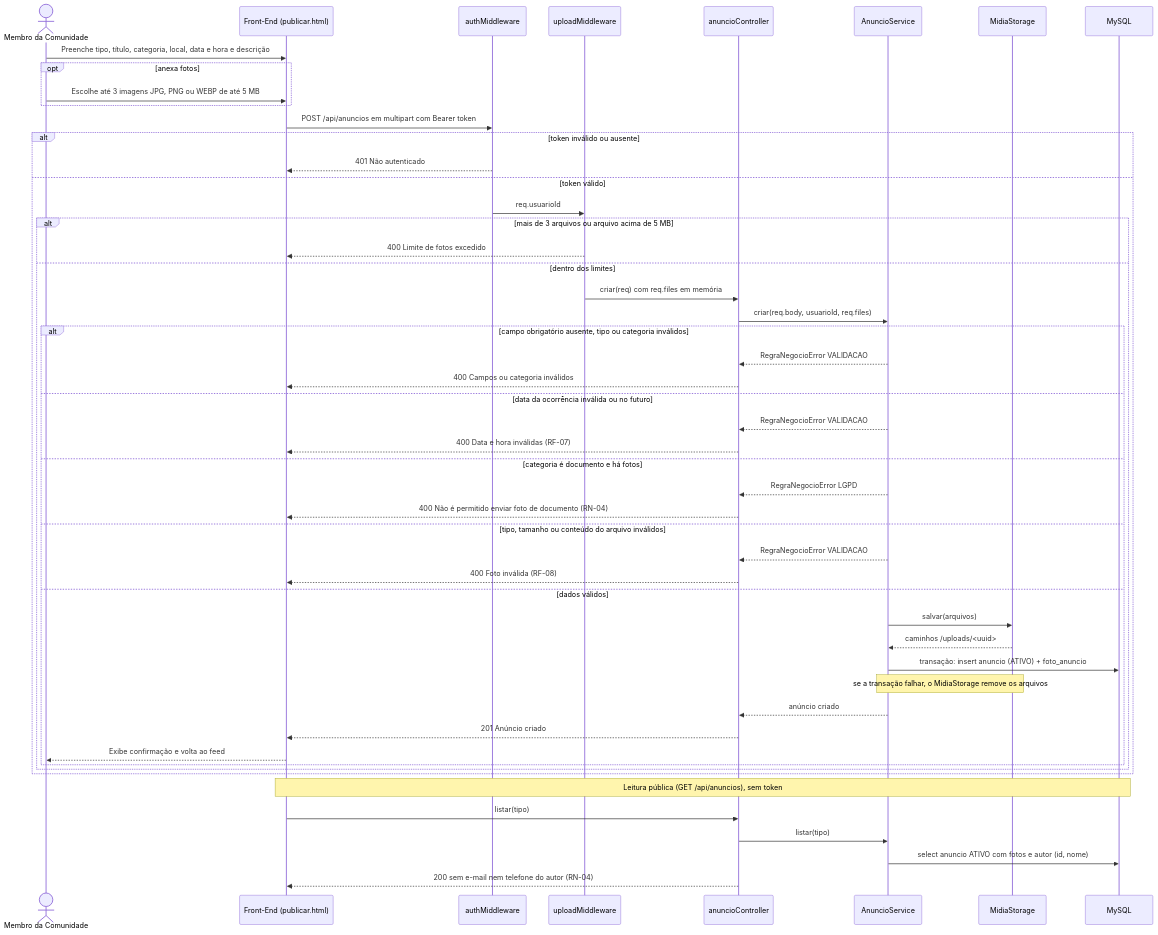
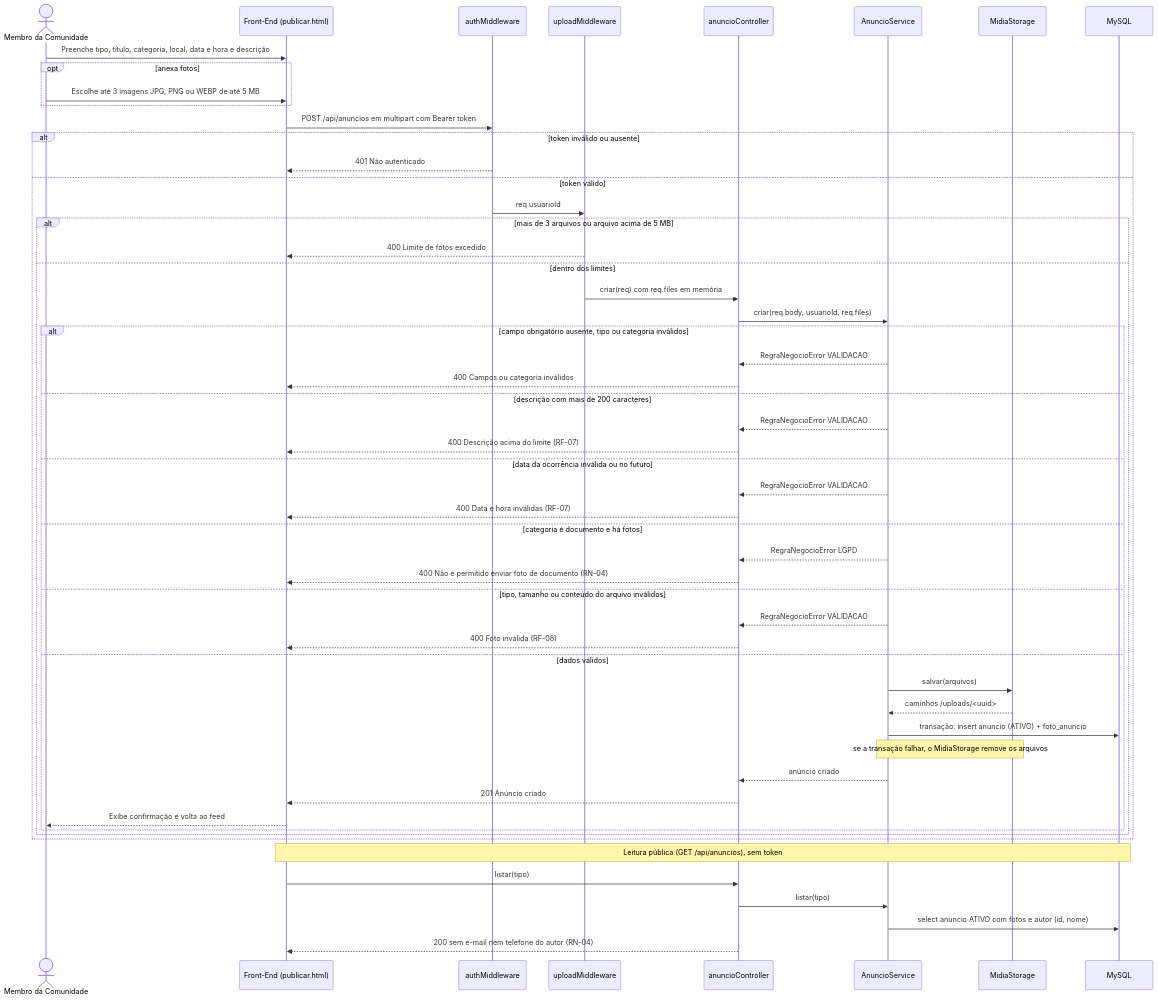
The third of 7 diagrams in docs/modelagem/modelagem.md (Matheus-Castro-Paula/Radar-UFLA), drawn with Mermaid before and after one commit. The commit also changed other lines of this file and 2 other files, not shown here.

````diff
--- a/docs/modelagem/modelagem.md
+++ b/docs/modelagem/modelagem.md
@@ -153,55 +153,58 @@
 ```mermaid
 sequenceDiagram
     actor M as Membro da Comunidade
     participant F as Front-End (publicar.html)
     participant MW as authMiddleware
     participant U as uploadMiddleware
     participant C as anuncioController
     participant S as AnuncioService
     participant A as MidiaStorage
     participant DB as MySQL
 
     M->>F: Preenche tipo, título, categoria, local, data e hora e descrição
     opt anexa fotos
         M->>F: Escolhe até 3 imagens JPG, PNG ou WEBP de até 5 MB
     end
     F->>MW: POST /api/anuncios em multipart com Bearer token
     alt token inválido ou ausente
         MW-->>F: 401 Não autenticado
     else token válido
         MW->>U: req.usuarioId
         alt mais de 3 arquivos ou arquivo acima de 5 MB
             U-->>F: 400 Limite de fotos excedido
         else dentro dos limites
             U->>C: criar(req) com req.files em memória
             C->>S: criar(req.body, usuarioId, req.files)
             alt campo obrigatório ausente, tipo ou categoria inválidos
                 S-->>C: RegraNegocioError VALIDACAO
                 C-->>F: 400 Campos ou categoria inválidos
+            else descrição com mais de 200 caracteres
+                S-->>C: RegraNegocioError VALIDACAO
+                C-->>F: 400 Descrição acima do limite (RF-07)
             else data da ocorrência inválida ou no futuro
                 S-->>C: RegraNegocioError VALIDACAO
                 C-->>F: 400 Data e hora inválidas (RF-07)
             else categoria é documento e há fotos
                 S-->>C: RegraNegocioError LGPD
                 C-->>F: 400 Não é permitido enviar foto de documento (RN-04)
             else tipo, tamanho ou conteúdo do arquivo inválidos
                 S-->>C: RegraNegocioError VALIDACAO
                 C-->>F: 400 Foto inválida (RF-08)
             else dados válidos
                 S->>A: salvar(arquivos)
                 A-->>S: caminhos /uploads/<uuid>
                 S->>DB: transação: insert anuncio (ATIVO) + foto_anuncio
                 Note over S,A: se a transação falhar, o MidiaStorage remove os arquivos
                 S-->>C: anúncio criado
                 C-->>F: 201 Anúncio criado
                 F-->>M: Exibe confirmação e volta ao feed
             end
         end
     end
 
     Note over F,DB: Leitura pública (GET /api/anuncios), sem token
     F->>C: listar(tipo)
     C->>S: listar(tipo)
     S->>DB: select anuncio ATIVO com fotos e autor (id, nome)
     C-->>F: 200 sem e-mail nem telefone do autor (RN-04)
 ```
````
